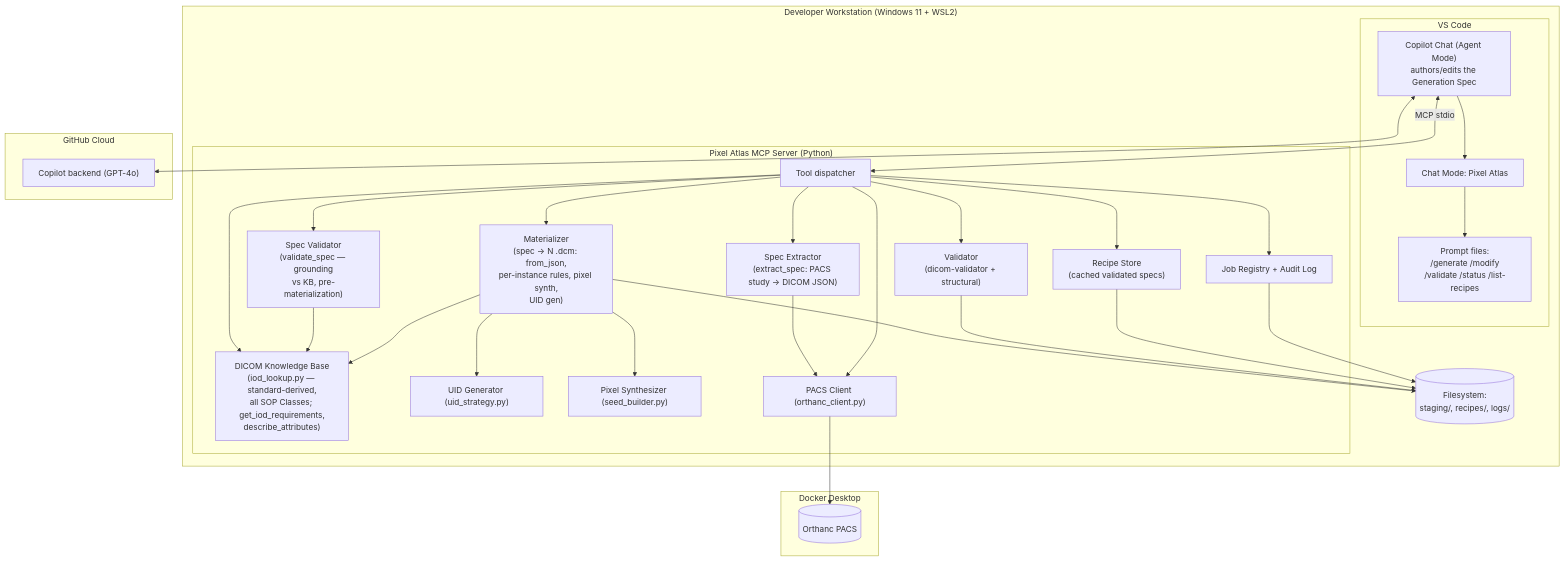
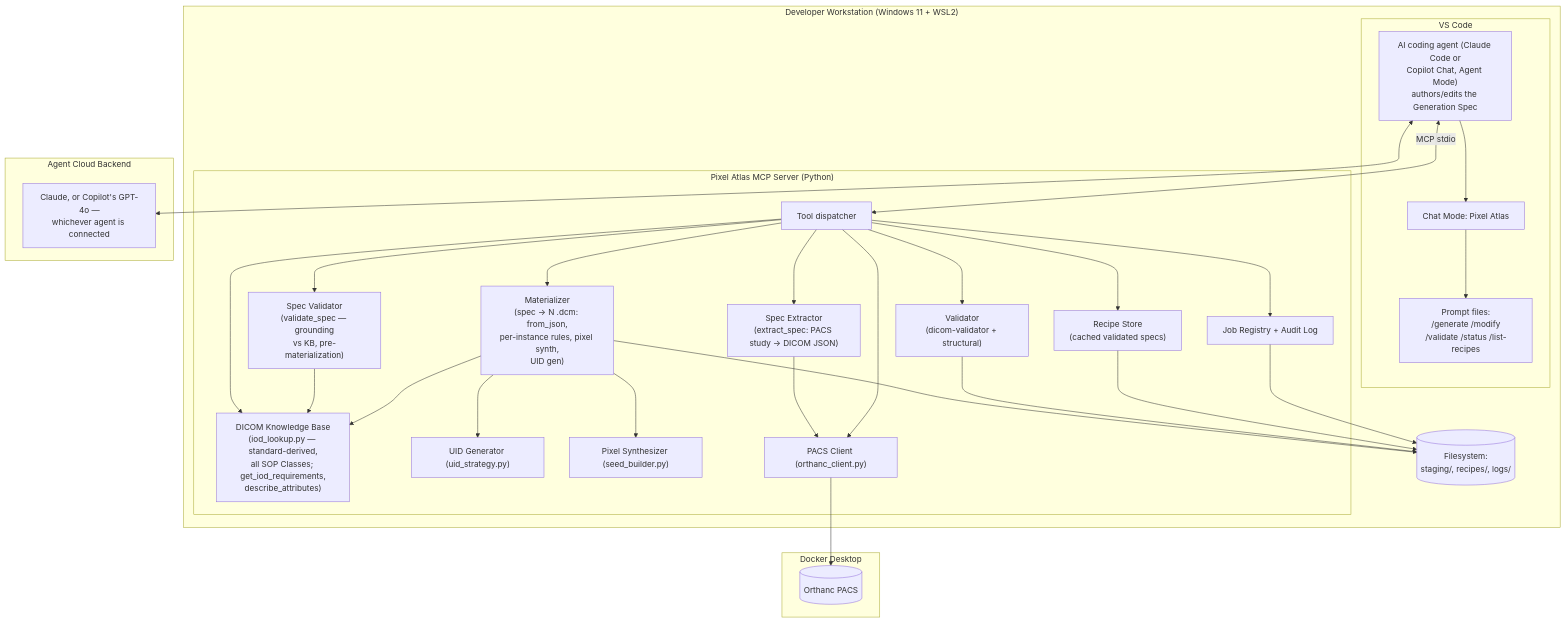
One commit to CT-Hackcelerate/PixelAtlas changed the first of 3 diagrams in docs/architecture.md. Above: the diagram before and after it, drawn with Mermaid. The commit also changed other lines of this file and 70 other files, not shown here.

````diff
--- a/docs/architecture.md
+++ b/docs/architecture.md
@@ -31,47 +36,47 @@
 ```mermaid
 flowchart TB
     subgraph WS["Developer Workstation (Windows 11 + WSL2)"]
         subgraph VSC["VS Code"]
-            CC["Copilot Chat (Agent Mode)<br/>authors/edits the Generation Spec"]
+            CC["AI coding agent (Claude Code or<br/>Copilot Chat, Agent Mode)<br/>authors/edits the Generation Spec"]
             CM["Chat Mode: Pixel Atlas"]
             PF["Prompt files:<br/>/generate /modify<br/>/validate /status /list-recipes"]
         end
         subgraph MCPSRV["Pixel Atlas MCP Server (Python)"]
             DISP["Tool dispatcher"]
             KB["DICOM Knowledge Base<br/>(iod_lookup.py — standard-derived,<br/>all SOP Classes; get_iod_requirements,<br/>describe_attributes)"]
             SPECV["Spec Validator<br/>(validate_spec — grounding<br/>vs KB, pre-materialization)"]
             MAT["Materializer<br/>(spec → N .dcm: from_json,<br/>per-instance rules, pixel synth,<br/>UID gen)"]
             EXT["Spec Extractor<br/>(extract_spec: PACS study → DICOM JSON)"]
             UIDG["UID Generator (uid_strategy.py)"]
             PIX["Pixel Synthesizer (seed_builder.py)"]
             VAL["Validator<br/>(dicom-validator + structural)"]
             PC["PACS Client (orthanc_client.py)"]
             REC["Recipe Store<br/>(cached validated specs)"]
             JR["Job Registry + Audit Log"]
         end
         FS[("Filesystem:<br/>staging/, recipes/, logs/")]
     end
 
     subgraph DOCKER["Docker Desktop"]
         ORTHANC[("Orthanc PACS")]
     end
-    subgraph CLOUD["GitHub Cloud"]
-        GPT["Copilot backend (GPT-4o)"]
+    subgraph CLOUD["Agent Cloud Backend"]
+        GPT["Claude, or Copilot's GPT-4o —<br/>whichever agent is connected"]
     end
 
     CC <--> GPT
     CC --> CM --> PF
     CC <-->|MCP stdio| DISP
     DISP --> KB
     DISP --> SPECV --> KB
     DISP --> EXT --> PC
     DISP --> MAT
     MAT --> KB
     MAT --> UIDG
     MAT --> PIX
     MAT --> FS
     DISP --> VAL --> FS
     DISP --> REC --> FS
     DISP --> PC --> ORTHANC
     DISP --> JR --> FS
 ```
````
